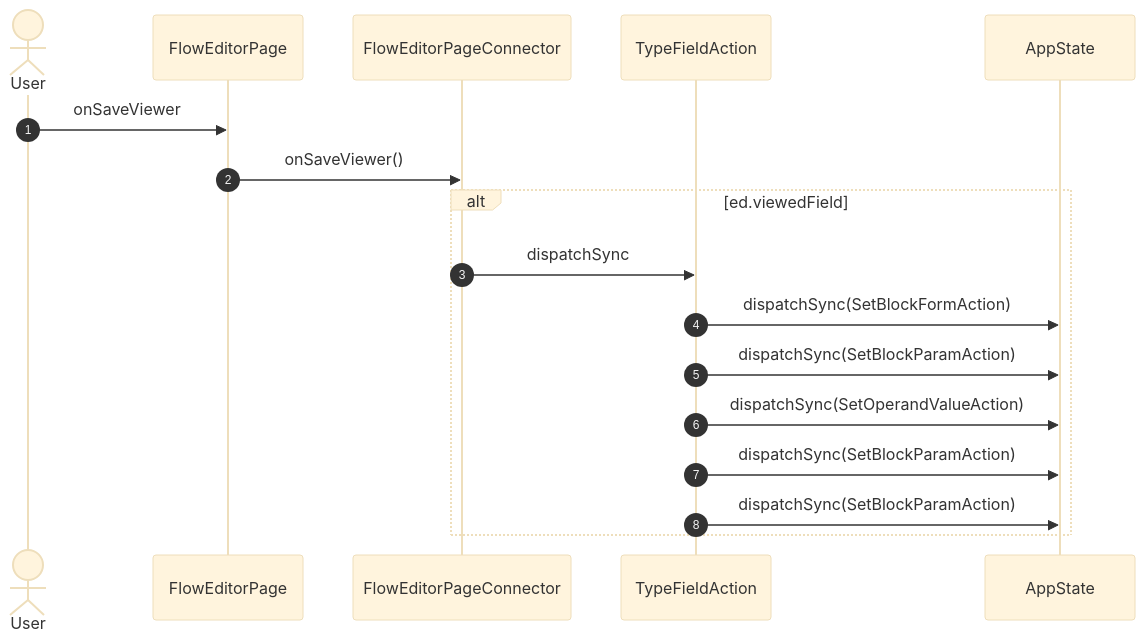
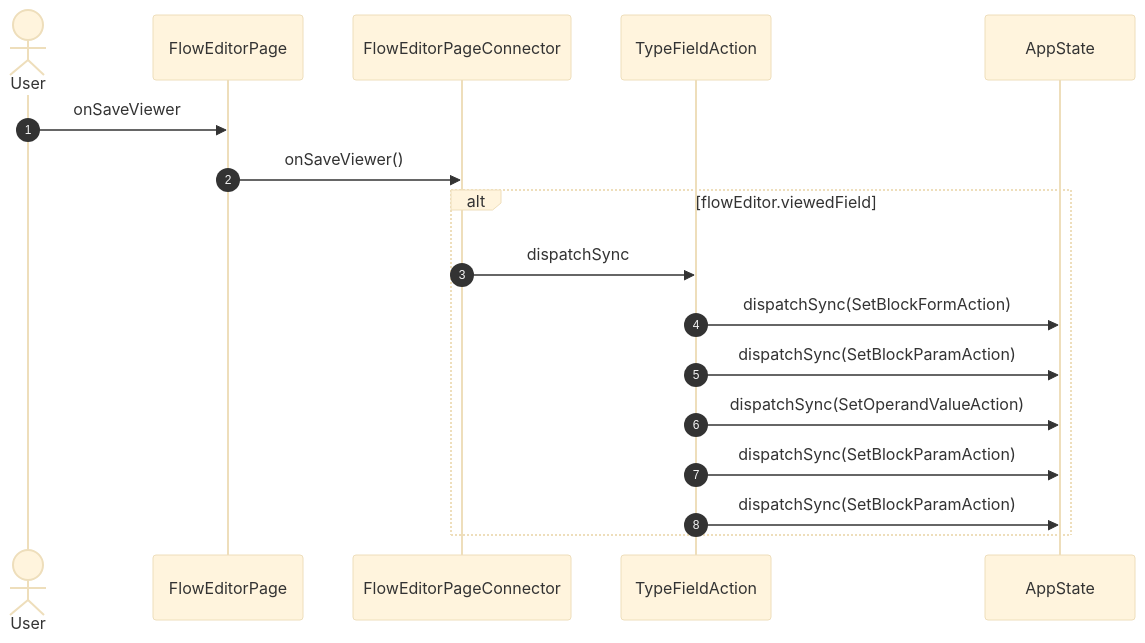
Diagram 23 of 31 in studio/docs/flows/flowEditor.md (gencto/wyrm), drawn with Mermaid (base theme) before and after one commit. The commit also changed other lines of this file and 28 other files, not shown here.

````diff
--- a/studio/docs/flows/flowEditor.md
+++ b/studio/docs/flows/flowEditor.md
@@ -512,20 +408,20 @@
 ```mermaid
 sequenceDiagram
     autonumber
     actor User
     participant UI as FlowEditorPage
     participant VM as FlowEditorPageConnector
     participant A1 as TypeFieldAction
     participant ST as AppState
 
     User->>UI: onSaveViewer
     UI->>VM: onSaveViewer()
-    alt ed.viewedField
+    alt flowEditor.viewedField
         VM->>A1: dispatchSync
         A1->>ST: dispatchSync(SetBlockFormAction)
         A1->>ST: dispatchSync(SetBlockParamAction)
         A1->>ST: dispatchSync(SetOperandValueAction)
         A1->>ST: dispatchSync(SetBlockParamAction)
         A1->>ST: dispatchSync(SetBlockParamAction)
     end
 ```
````
